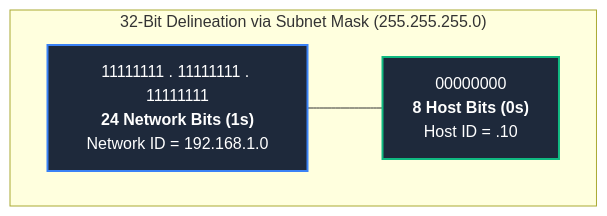
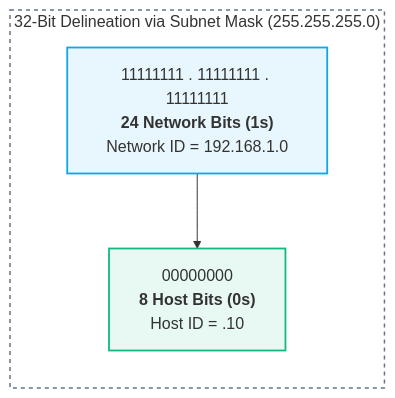
Before and after one commit to abhinavbharti2345/CS_Notes: the second of 2 diagrams in Computer Networking/Network ID and Host ID.md, drawn with Mermaid. The commit also changed other lines of this file and 47 other files, not shown here.

Commit message:
docs: add computer science study notes and generate graphify visualization output

````diff
--- a/Computer Networking/Network ID and Host ID.md
+++ b/Computer Networking/Network ID and Host ID.md
@@ -79,14 +81,16 @@
 ```mermaid
 flowchart TD
     subgraph Split ["32-Bit Delineation via Subnet Mask (255.255.255.0)"]
-        direction LR
+        direction TD
         N["11111111 . 11111111 . 11111111<br/><b>24 Network Bits (1s)</b><br/>Network ID = 192.168.1.0"]
         H["00000000<br/><b>8 Host Bits (0s)</b><br/>Host ID = .10"]
-        N --- H
+        N --> H
     end
 
-    classDef net fill:#1e293b,stroke:#3b82f6,stroke-width:2px,color:#fff;
-    classDef host fill:#1e293b,stroke:#10b981,stroke-width:2px,color:#fff;
+    style Split fill:none,stroke:#64748b,stroke-width:1.5px,stroke-dasharray:4 4
+
+    classDef net fill:#0ea5e918,stroke:#0ea5e9,stroke-width:1.8px;
+    classDef host fill:#10b98118,stroke:#10b981,stroke-width:1.8px;
     class N net;
     class H host;
 ```
````
